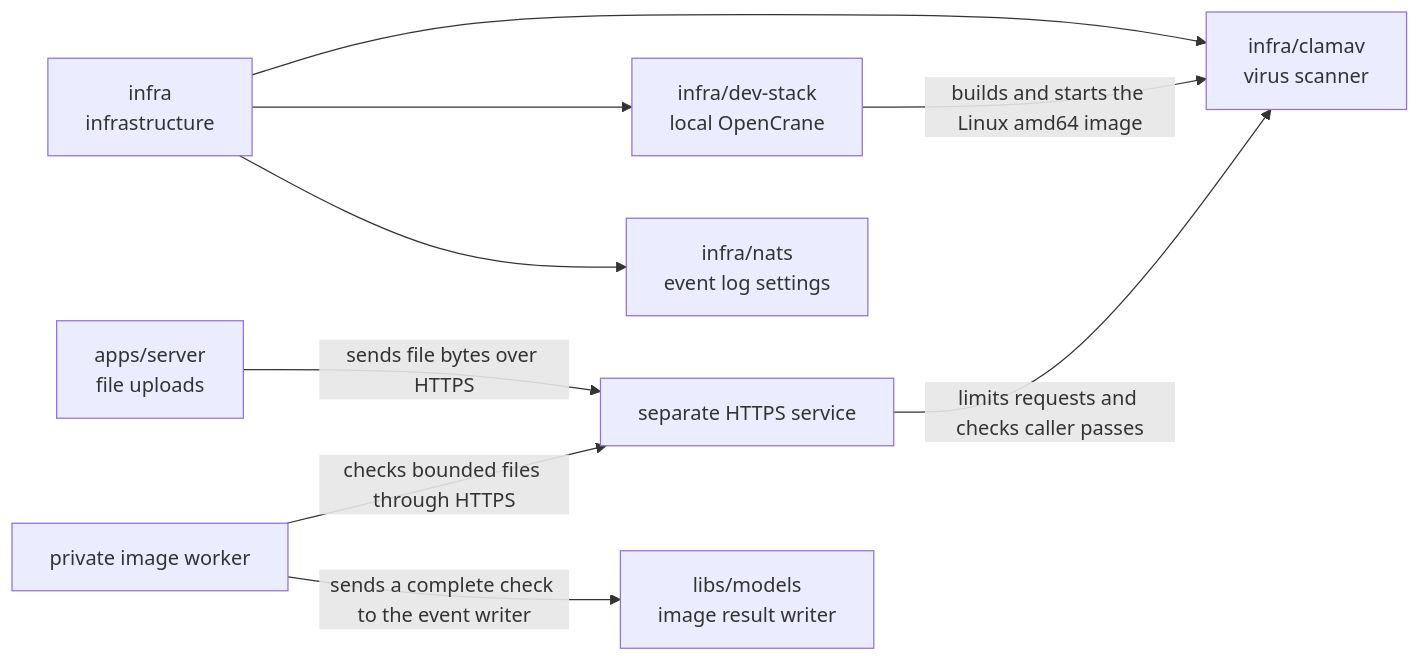
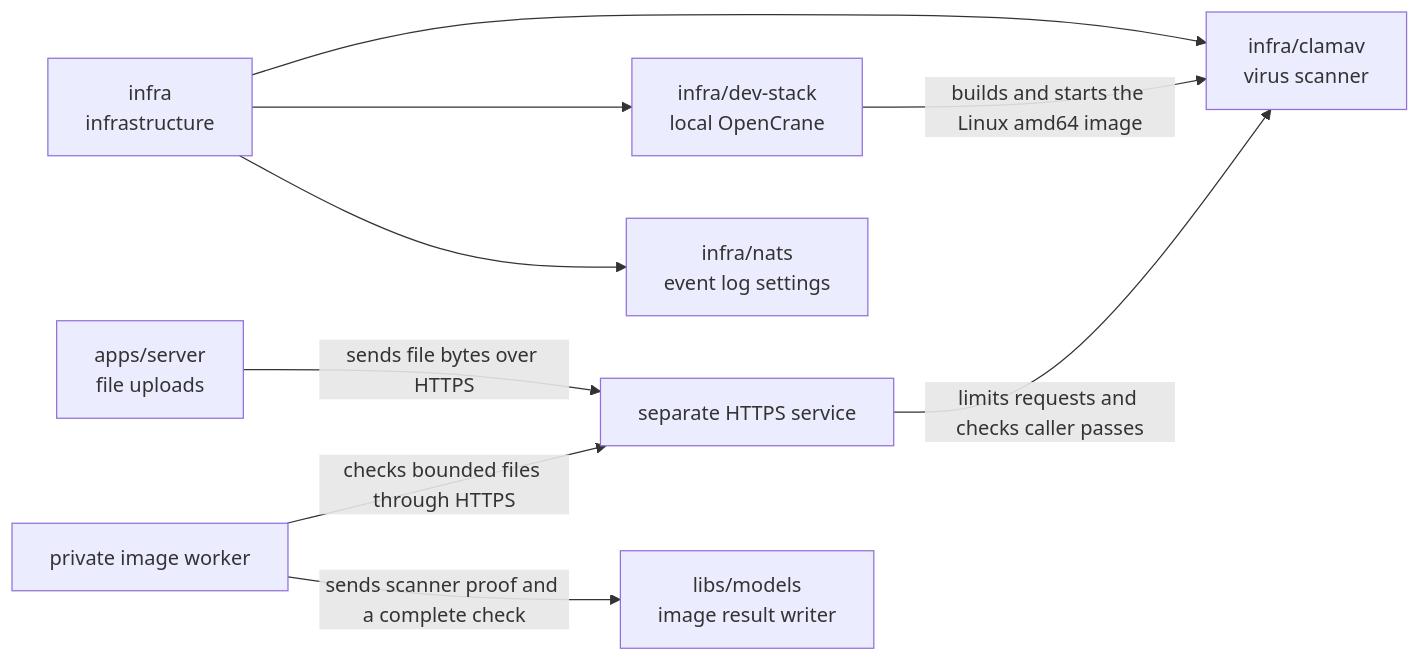
The diagram in infra/clamav/README.md (elewa-git/opencrane-new), drawn with Mermaid before and after one commit. The commit also changed other lines of this file and 9 other files, not shown here.

Commit message:
🦠 Require authenticated image proof and coordinate each scan attempt

````diff
--- a/infra/clamav/README.md
+++ b/infra/clamav/README.md
@@ -18,11 +18,11 @@
 ```mermaid
 flowchart LR
   infra["infra<br/>infrastructure"] --> clamav["infra/clamav<br/>virus scanner"]
   infra --> stack["infra/dev-stack<br/>local OpenCrane"]
   infra --> nats["infra/nats<br/>event log settings"]
   stack -->|builds and starts the Linux amd64 image| clamav
   server["apps/server<br/>file uploads"] -->|sends file bytes over HTTPS| launcher
   worker["private image worker"] -->|checks bounded files through HTTPS| launcher
-  worker -->|sends a complete check to the event writer| models["libs/models<br/>image result writer"]
+  worker -->|sends scanner proof and a complete check| models["libs/models<br/>image result writer"]
   launcher["separate HTTPS service"] -->|limits requests and checks caller passes| clamav
 ```
````
